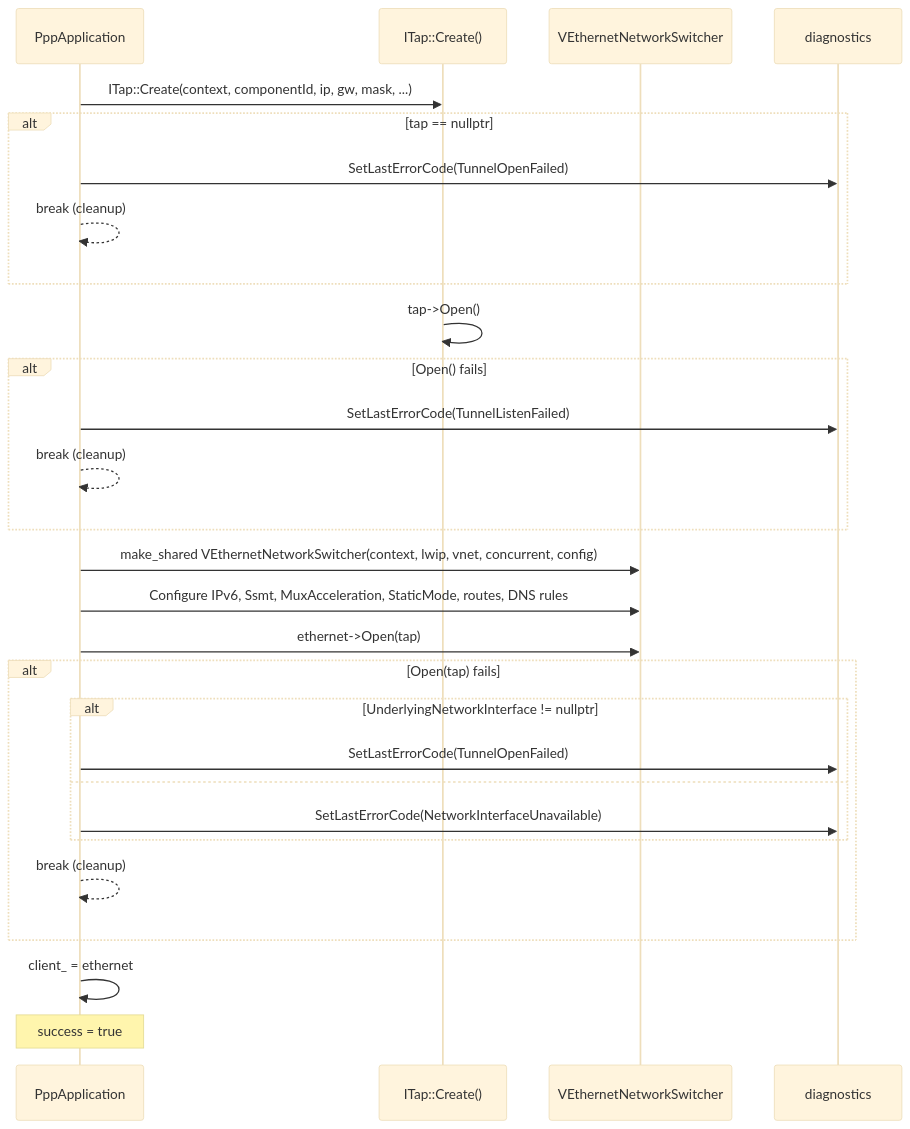
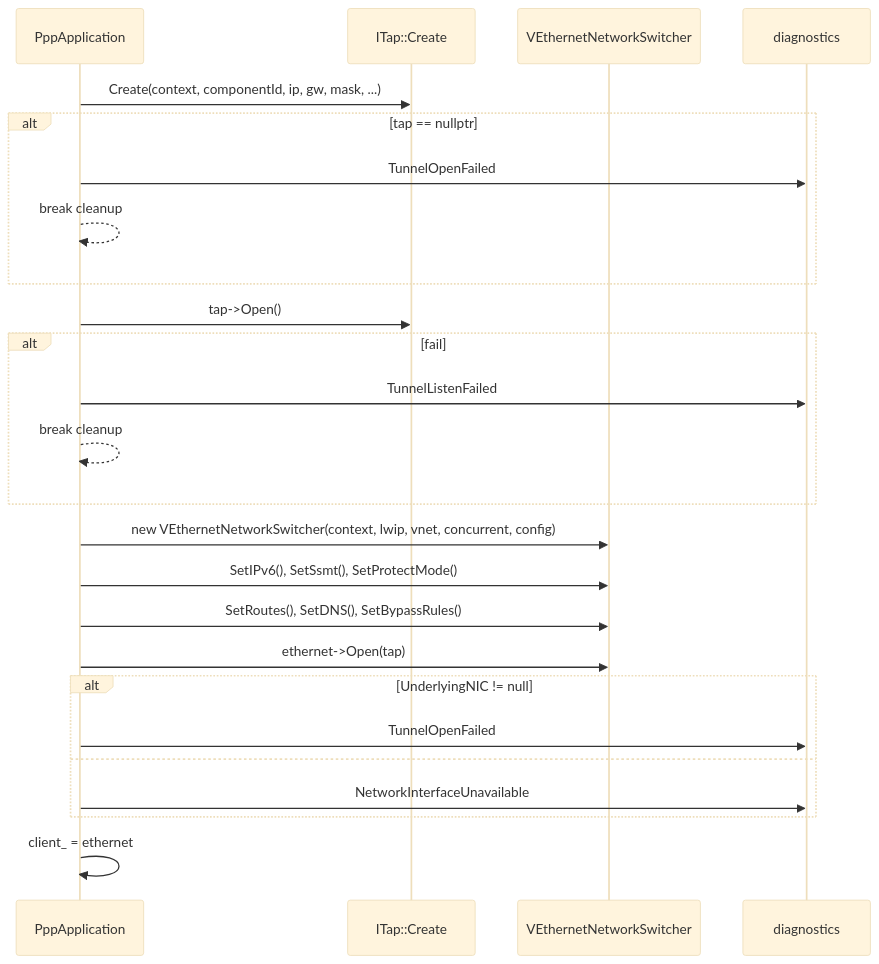
One commit to HyacinthHaru/openppp2 changed the third of 10 diagrams in docs/STARTUP_AND_LIFECYCLE.md. Above: the diagram before and after it, drawn with Mermaid (base theme). The commit also changed other lines of this file and 93 other files, not shown here.

Commit message:
Add more error code paths and document content overrides.

````diff
--- a/docs/STARTUP_AND_LIFECYCLE.md
+++ b/docs/STARTUP_AND_LIFECYCLE.md
@@ -175,31 +164,28 @@
 ```mermaid
 sequenceDiagram
     participant app as PppApplication
-    participant tap as ITap::Create()
+    participant tap as ITap::Create
     participant eth as VEthernetNetworkSwitcher
     participant diag as diagnostics
 
-    app->>tap: ITap::Create(context, componentId, ip, gw, mask, ...)
+    app->>tap: Create(context, componentId, ip, gw, mask, ...)
     alt tap == nullptr
-        app->>diag: SetLastErrorCode(TunnelOpenFailed)
-        app-->>app: break (cleanup)
+        app->>diag: TunnelOpenFailed
+        app-->>app: break cleanup
     end
-    tap->>tap: tap->Open()
-    alt Open() fails
-        app->>diag: SetLastErrorCode(TunnelListenFailed)
-        app-->>app: break (cleanup)
+    app->>tap: tap->Open()
+    alt fail
+        app->>diag: TunnelListenFailed
+        app-->>app: break cleanup
     end
-    app->>eth: make_shared VEthernetNetworkSwitcher(context, lwip, vnet, concurrent, config)
-    app->>eth: Configure IPv6, Ssmt, MuxAcceleration, StaticMode, routes, DNS rules
+    app->>eth: new VEthernetNetworkSwitcher(context, lwip, vnet, concurrent, config)
+    app->>eth: SetIPv6(), SetSsmt(), SetProtectMode()
+    app->>eth: SetRoutes(), SetDNS(), SetBypassRules()
     app->>eth: ethernet->Open(tap)
-    alt Open(tap) fails
-        alt UnderlyingNetworkInterface != nullptr
-            app->>diag: SetLastErrorCode(TunnelOpenFailed)
-        else
-            app->>diag: SetLastErrorCode(NetworkInterfaceUnavailable)
-        end
-        app-->>app: break (cleanup)
+    alt UnderlyingNIC != null
+        app->>diag: TunnelOpenFailed
+    else
+        app->>diag: NetworkInterfaceUnavailable
     end
     app->>app: client_ = ethernet
-    note over app: success = true
 ```
````
